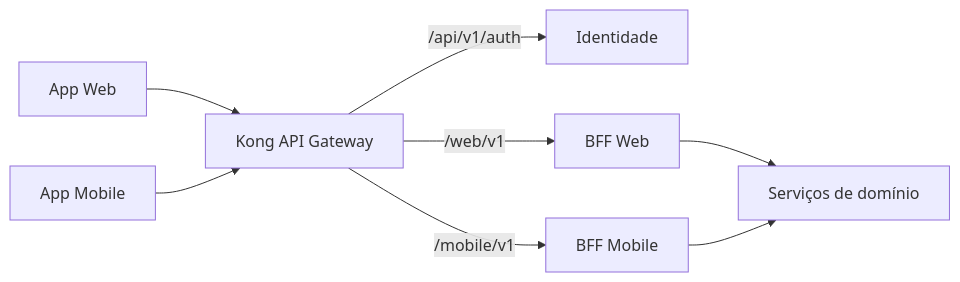
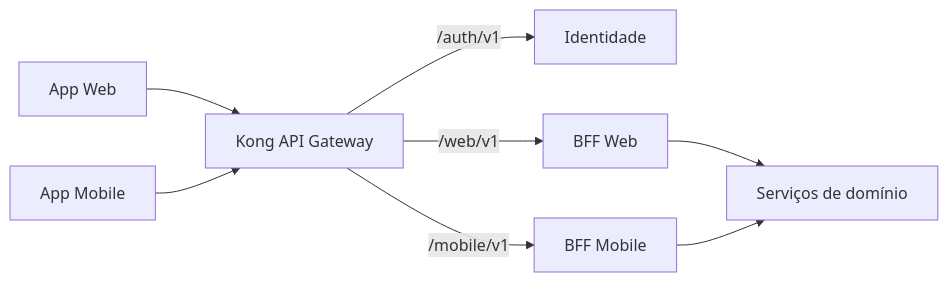
Before and after one commit to gxbreus/ampara: the diagram in docs/gateway.md, drawn with Mermaid. The commit also changed other lines of this file and 7 other files, not shown here.

````diff
--- a/docs/gateway.md
+++ b/docs/gateway.md
@@ -19,10 +19,10 @@
 ```mermaid
 flowchart LR
     Web[App Web] --> Gateway[Kong API Gateway]
     Mobile[App Mobile] --> Gateway
-    Gateway -->|/api/v1/auth| Identidade[Identidade]
+    Gateway -->|/auth/v1| Identidade[Identidade]
     Gateway -->|/web/v1| BffWeb[BFF Web]
     Gateway -->|/mobile/v1| BffMobile[BFF Mobile]
     BffWeb --> Servicos[Serviços de domínio]
     BffMobile --> Servicos
 ```
````
